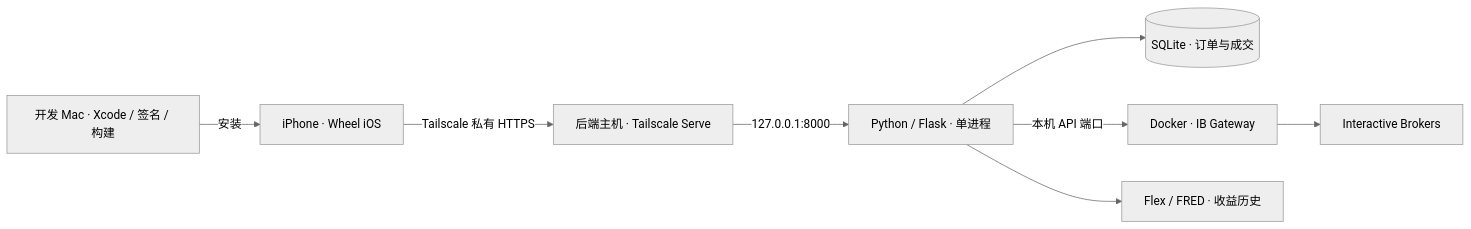
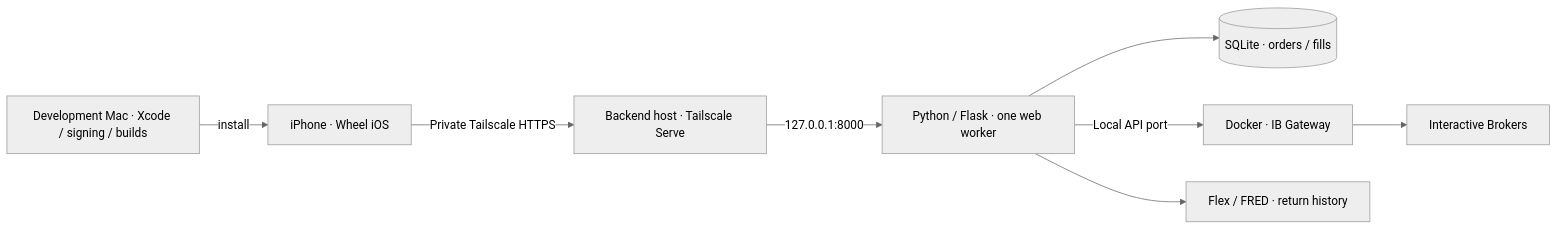
Before and after one commit to WahBun/AllYouNeedIsWheel: the diagram in README.md, drawn with Mermaid (neutral theme). The commit also changed other lines of this file and 2 other files, not shown here.

````diff
--- a/README.md
+++ b/README.md
@@ -114,10 +115,10 @@
 ```mermaid
 flowchart LR
-    Dev[开发 Mac · Xcode / 签名 / 构建] -->|安装| Phone[iPhone · Wheel iOS]
-    Phone -->|Tailscale 私有 HTTPS| Serve[后端主机 · Tailscale Serve]
-    Serve -->|127.0.0.1:8000| API[Python / Flask · 单进程]
-    API --> DB[(SQLite · 订单与成交)]
-    API -->|本机 API 端口| Gateway[Docker · IB Gateway]
+    Dev[Development Mac · Xcode / signing / builds] -->|install| Phone[iPhone · Wheel iOS]
+    Phone -->|Private Tailscale HTTPS| Serve[Backend host · Tailscale Serve]
+    Serve -->|127.0.0.1:8000| API[Python / Flask · one web worker]
+    API --> DB[(SQLite · orders / fills)]
+    API -->|Local API port| Gateway[Docker · IB Gateway]
     Gateway --> IB[Interactive Brokers]
-    API --> History[Flex / FRED · 收益历史]
+    API --> History[Flex / FRED · return history]
 ```
````
